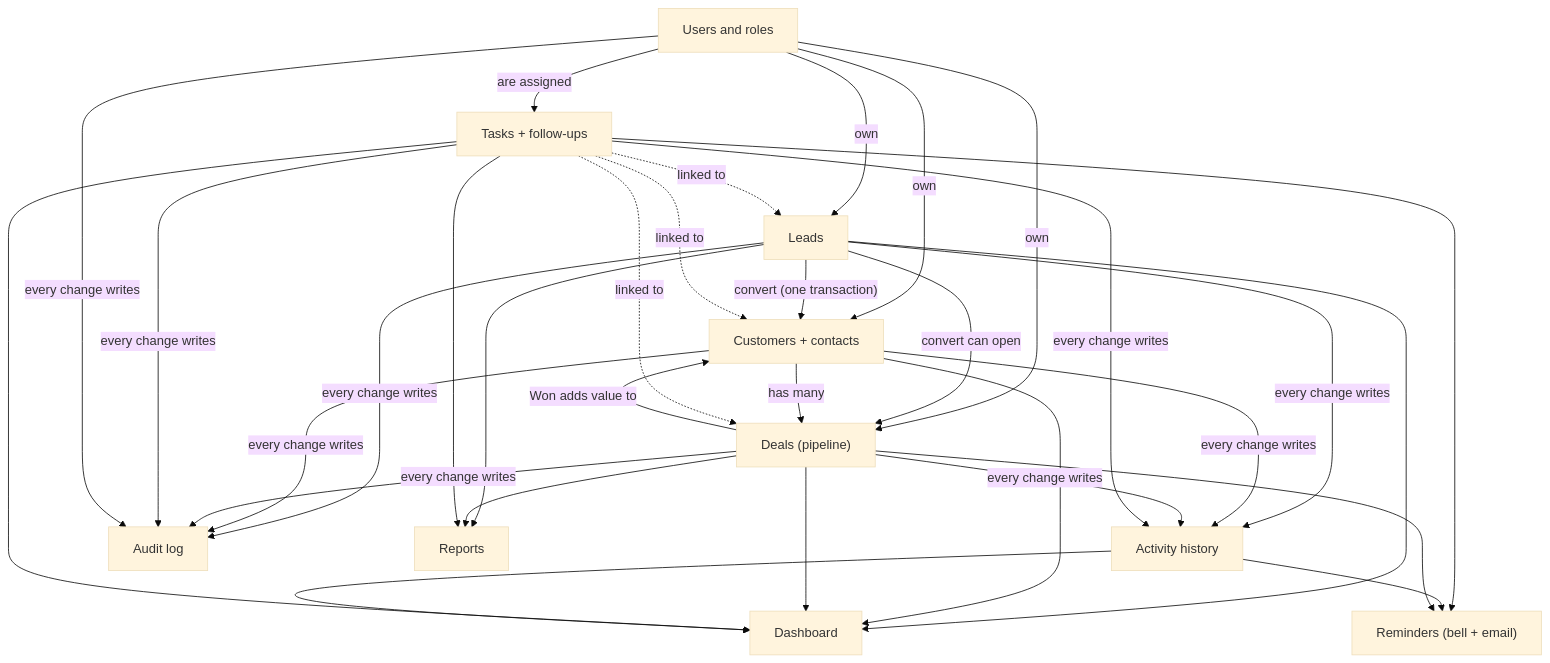
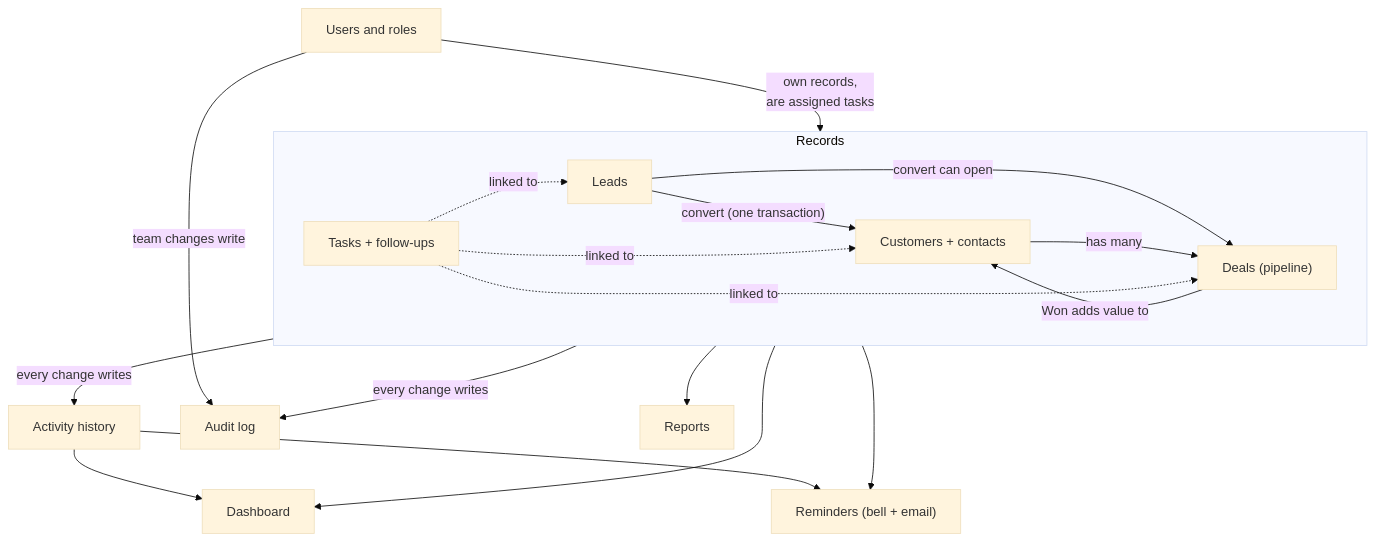
The third of 3 diagrams in docs/ARCHITECTURE.md (emankhann/nexora-crm), drawn with Mermaid (base theme) before and after one commit. The commit also changed other lines of this file and 17 other files, not shown here.

````diff
--- a/docs/ARCHITECTURE.md
+++ b/docs/ARCHITECTURE.md
@@ -100,19 +100,22 @@
 ```mermaid
 flowchart TD
-    U["Users and roles"] -- own --> L & C & D
-    U -- "are assigned" --> T
+    U["Users and roles"] -- "own records,<br/>are assigned tasks" --> R
 
-    L["Leads"] -- "convert (one transaction)" --> C["Customers + contacts"]
-    L -- "convert can open" --> D["Deals (pipeline)"]
-    C -- "has many" --> D
-    D -- "Won adds value to" --> C
+    subgraph R["Records"]
+        L["Leads"] -- "convert (one transaction)" --> C["Customers + contacts"]
+        L -- "convert can open" --> D["Deals (pipeline)"]
+        C -- "has many" --> D
+        D -- "Won adds value to" --> C
+        T["Tasks + follow-ups"] -. "linked to" .-> L & C & D
+    end
 
-    T["Tasks + follow-ups"] -. "linked to" .-> L & C & D
+    R -- "every change writes" --> H["Activity history"]
+    R -- "every change writes" --> AU["Audit log"]
+    U -- "team changes write" --> AU
 
-    L & C & D & T -- "every change writes" --> H["Activity history"]
-    L & C & D & T & U -- "every change writes" --> AU["Audit log"]
-
-    L & C & D & T & H --> DASH["Dashboard"]
-    L & D & T --> REP["Reports"]
-    T & H & D --> BELL["Reminders (bell + email)"]
+    R --> DASH["Dashboard"]
+    H --> DASH
+    R --> REP["Reports"]
+    R --> BELL["Reminders (bell + email)"]
+    H --> BELL
 ```
````
